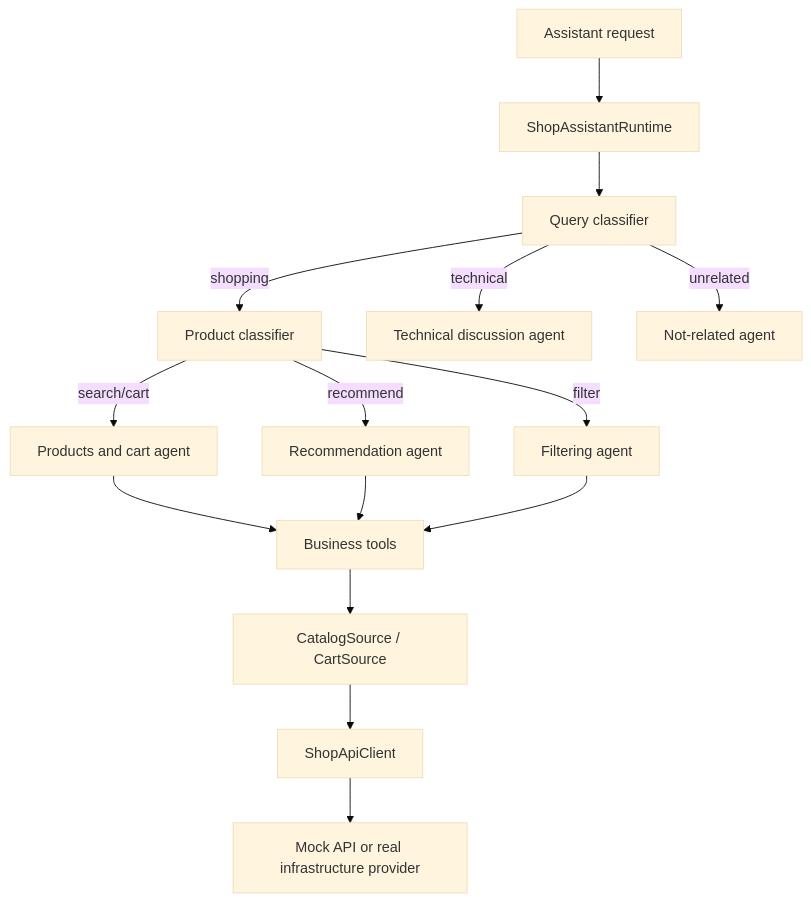
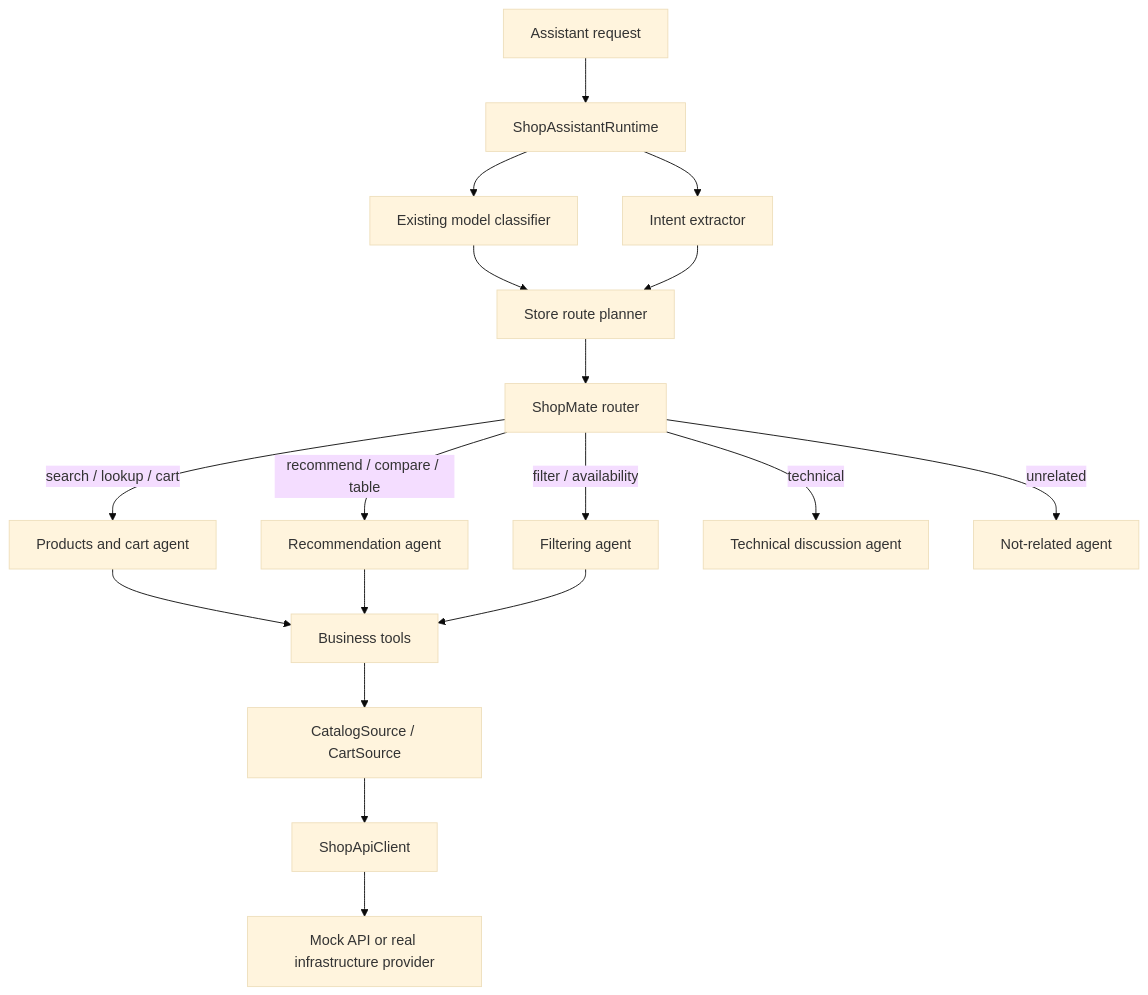
One commit to SheriffKoder/shopmate-ai-product-assistant changed the first of 2 diagrams in features/shop-assistant/README.md. Above: the diagram before and after it, drawn with Mermaid (base theme). The commit also changed other lines of this file and 19 other files, not shown here.

First line of the commit message:
feat(shop-assistant): implement store-first agent routing

````diff
--- a/features/shop-assistant/README.md
+++ b/features/shop-assistant/README.md
@@ -27,17 +32,20 @@
 ```mermaid
 flowchart TD
     Request[Assistant request] --> Runtime[ShopAssistantRuntime]
-    Runtime --> Query[Query classifier]
-    Query -->|shopping| Product[Product classifier]
-    Query -->|technical| Technical[Technical discussion agent]
-    Query -->|unrelated| Unrelated[Not-related agent]
-    Product -->|search/cart| ProductsCart[Products and cart agent]
-    Product -->|recommend| Recommendation[Recommendation agent]
-    Product -->|filter| Filtering[Filtering agent]
+    Runtime --> Query[Existing model classifier]
+    Runtime --> Intent[Intent extractor]
+    Query --> Planner[Store route planner]
+    Intent --> Planner
+    Planner --> Router[ShopMate router]
+    Router -->|search / lookup / cart| ProductsCart[Products and cart agent]
+    Router -->|recommend / compare / table| Recommendation[Recommendation agent]
+    Router -->|filter / availability| Filtering[Filtering agent]
+    Router -->|technical| Technical[Technical discussion agent]
+    Router -->|unrelated| Unrelated[Not-related agent]
     ProductsCart --> Tools[Business tools]
     Recommendation --> Tools
     Filtering --> Tools
     Tools --> Sources[CatalogSource / CartSource]
     Sources --> ShopApi[ShopApiClient]
     ShopApi --> Provider[Mock API or real infrastructure provider]
 ```
````
